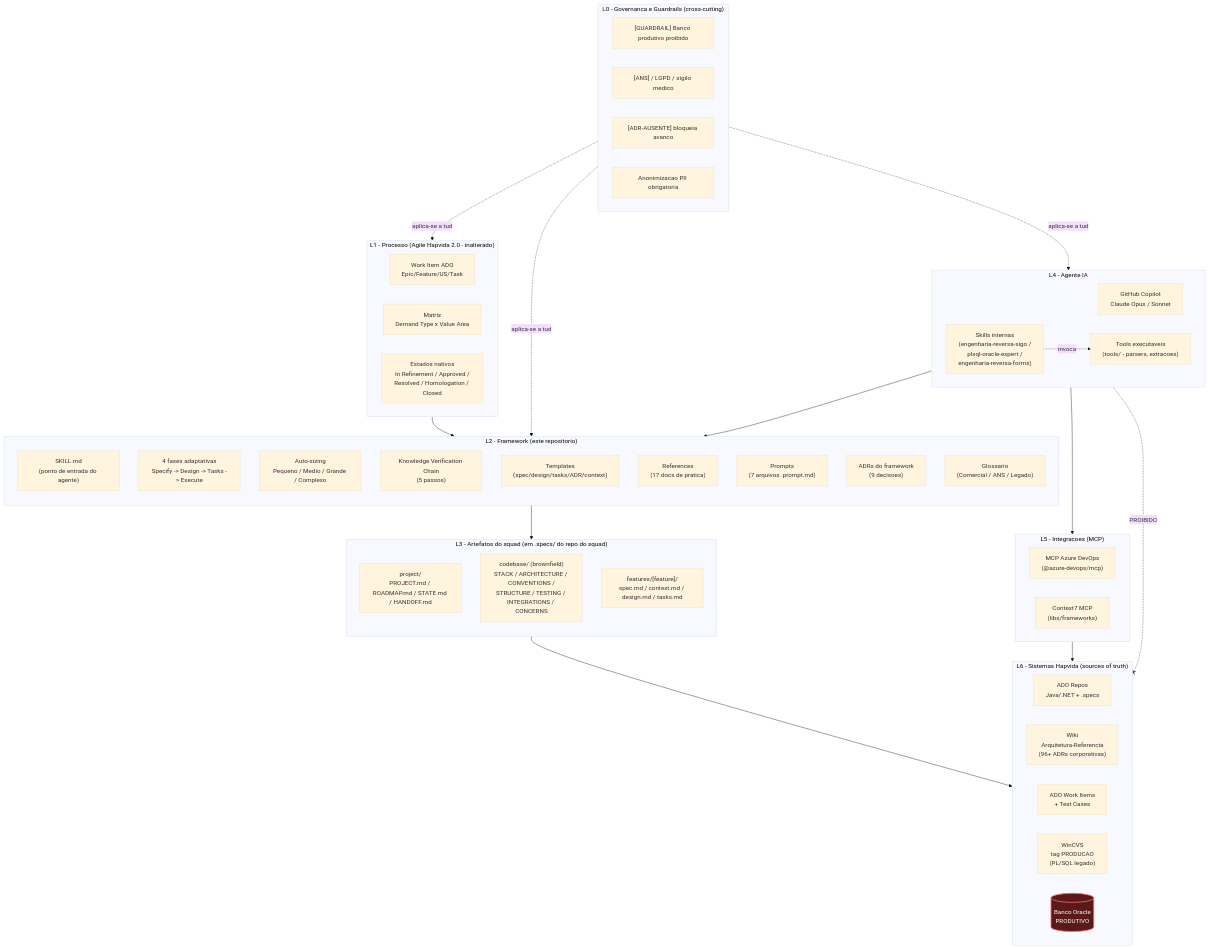
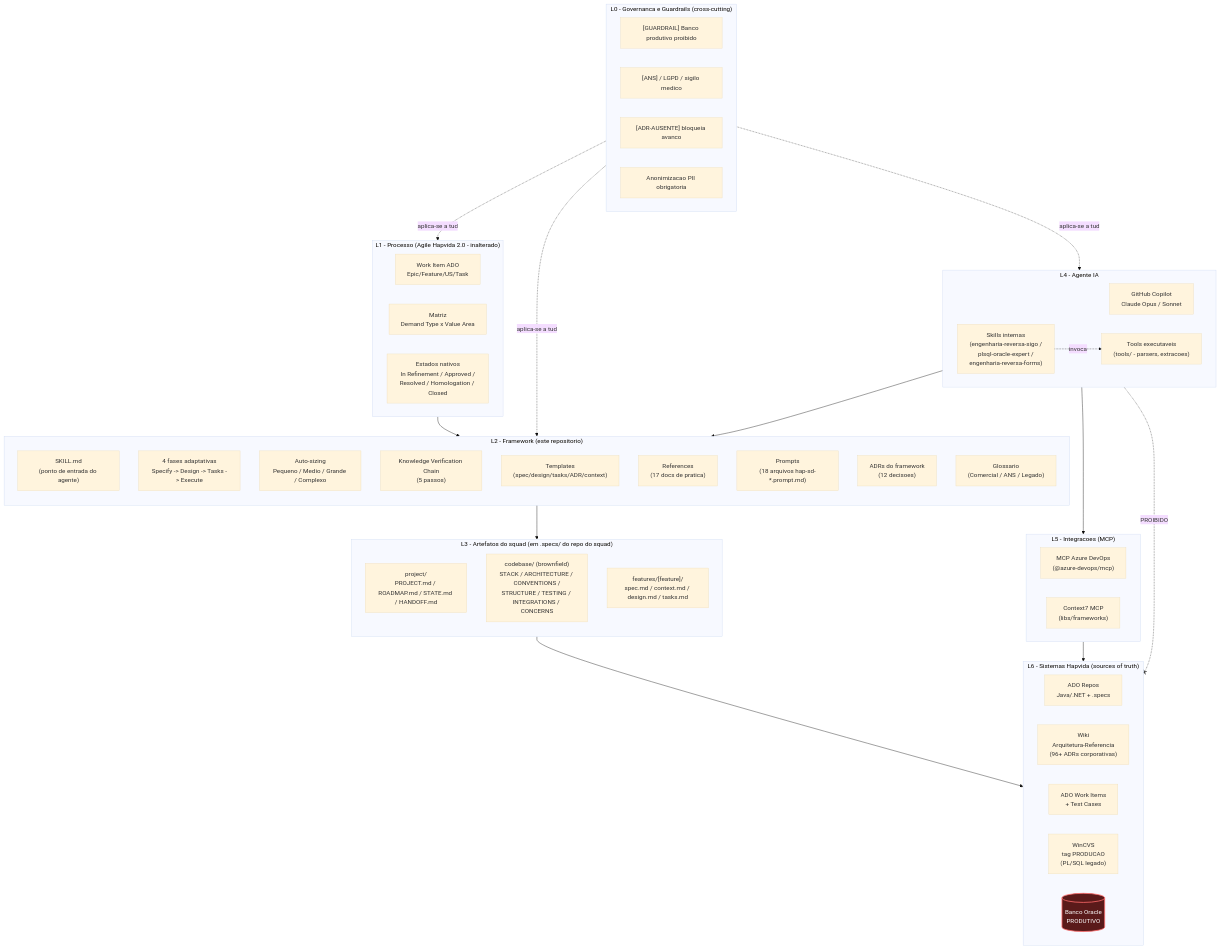
One commit to rawelcl/hap-spec-driven changed the first of 6 diagrams in workspace/ARCHITECTURE.md. Above: the diagram before and after it, drawn with Mermaid (base theme). The commit also changed other lines of this file and 15 other files, not shown here.

````diff
--- a/workspace/ARCHITECTURE.md
+++ b/workspace/ARCHITECTURE.md
@@ -25,75 +25,75 @@
 ```mermaid
 flowchart TB
     subgraph L0["L0 - Governanca e Guardrails (cross-cutting)"]
         direction LR
         G1["[GUARDRAIL] Banco produtivo proibido"]
         G2["[ANS] / LGPD / sigilo medico"]
         G3["[ADR-AUSENTE] bloqueia avanco"]
         G4["Anonimizacao PII obrigatoria"]
     end
 
     subgraph L1["L1 - Processo (Agile Hapvida 2.0 - inalterado)"]
         direction LR
         WI["Work Item ADO<br/>Epic/Feature/US/Task"]
         DT["Matriz<br/>Demand Type x Value Area"]
         EST["Estados nativos<br/>In Refinement / Approved /<br/>Resolved / Homologation / Closed"]
     end
 
     subgraph L2["L2 - Framework (este repositorio)"]
         direction TB
         SKILL["SKILL.md<br/>(ponto de entrada do agente)"]
         FASES["4 fases adaptativas<br/>Specify -> Design -> Tasks -> Execute"]
         AUTOSZ["Auto-sizing<br/>Pequeno / Medio / Grande / Complexo"]
         KVC["Knowledge Verification Chain<br/>(5 passos)"]
         TEMPL["Templates<br/>(spec/design/tasks/ADR/context)"]
         REFS["References<br/>(17 docs de pratica)"]
-        PROMPTS["Prompts<br/>(7 arquivos .prompt.md)"]
-        ADR["ADRs do framework<br/>(9 decisoes)"]
+        PROMPTS["Prompts<br/>(18 arquivos hap-sd-*.prompt.md)"]
+        ADR["ADRs do framework<br/>(12 decisoes)"]
         GLOSS["Glossario<br/>(Comercial / ANS / Legado)"]
     end
 
     subgraph L3["L3 - Artefatos do squad (em .specs/ do repo do squad)"]
         direction TB
         PROJ["project/<br/>PROJECT.md / ROADMAP.md / STATE.md / HANDOFF.md"]
         CB["codebase/ (brownfield)<br/>STACK / ARCHITECTURE / CONVENTIONS /<br/>STRUCTURE / TESTING / INTEGRATIONS / CONCERNS"]
         FEAT["features/[feature]/<br/>spec.md / context.md / design.md / tasks.md"]
     end
 
     subgraph L4["L4 - Agente IA"]
         direction LR
         COP["GitHub Copilot<br/>Claude Opus / Sonnet"]
         SKILLS_SIGO["Skills internas<br/>(engenharia-reversa-sigo /<br/>plsql-oracle-expert /<br/>engenharia-reversa-forms)"]
         TOOLS_LOCAL["Tools executaveis<br/>(tools/ - parsers, extracoes)"]
         SKILLS_SIGO -.invoca.-> TOOLS_LOCAL
     end
 
     subgraph L5["L5 - Integracoes (MCP)"]
         direction LR
         MCP_ADO["MCP Azure DevOps<br/>(@azure-devops/mcp)"]
         MCP_C7["Context7 MCP<br/>(libs/frameworks)"]
     end
 
     subgraph L6["L6 - Sistemas Hapvida (sources of truth)"]
         direction LR
         ADO_REPOS["ADO Repos<br/>Java/.NET + .specs"]
         WIKI["Wiki<br/>Arquitetura-Referencia<br/>(96+ ADRs corporativas)"]
         ADO_WI["ADO Work Items<br/>+ Test Cases"]
         WINCVS["WinCVS<br/>tag PRODUCAO<br/>(PL/SQL legado)"]
         DBPROD[("Banco Oracle<br/>PRODUTIVO")]:::forbidden
     end
 
     L0 -.aplica-se a tudo.-> L1
     L0 -.aplica-se a tudo.-> L2
     L0 -.aplica-se a tudo.-> L4
 
     L1 --> L2
     L2 --> L3
     L4 --> L2
     L4 --> L5
     L5 --> L6
     L3 --> L6
 
     L4 -. "PROIBIDO" .-x DBPROD
 
     classDef forbidden fill:#5a1a1a,stroke:#ff6b6b,stroke-width:2px,color:#fff;
 ```
````
